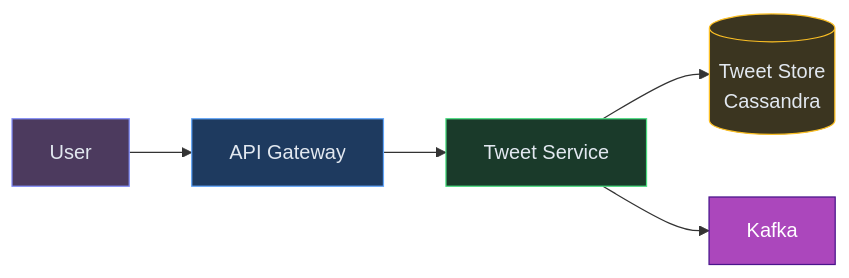
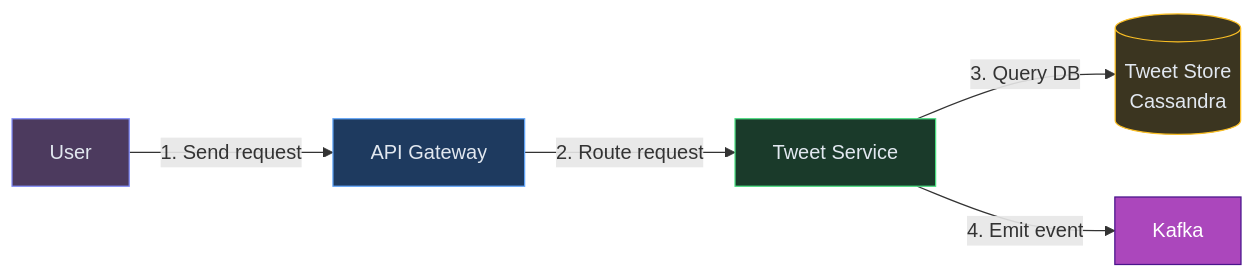
Before and after one commit to iluzn/HLD-Designs: the sixth of 12 diagrams in content/hld/TwitterFeed.md, drawn with Mermaid. The commit also changed other lines of this file and 27 other files, not shown here.

````diff
--- a/content/hld/TwitterFeed.md
+++ b/content/hld/TwitterFeed.md
@@ -216,19 +216,19 @@
 ```mermaid
 flowchart LR
     POSTER["User"]:::client
     GW["API Gateway"]:::edge
     TS["Tweet Service"]:::service
     TDB[("Tweet Store<br/>Cassandra")]:::data
     K["Kafka"]:::async
 
-    POSTER --> GW
-    GW --> TS
-    TS --> TDB
-    TS --> K
+    POSTER -->|"1. Send request"| GW
+    GW -->|"2. Route request"| TS
+    TS -->|"3. Query DB"| TDB
+    TS -->|"4. Emit event"| K
 
     classDef client fill:#4c3a5e,stroke:#818cf8,color:#e2e8f0
     classDef edge fill:#1e3a5f,stroke:#60a5fa,color:#e2e8f0
     classDef service fill:#1a3a2a,stroke:#4ade80,color:#e2e8f0
     classDef data fill:#3b3520,stroke:#fbbf24,color:#e2e8f0
     classDef async fill:#AB47BC,stroke:#4A148C,color:#fff
 ```
````
